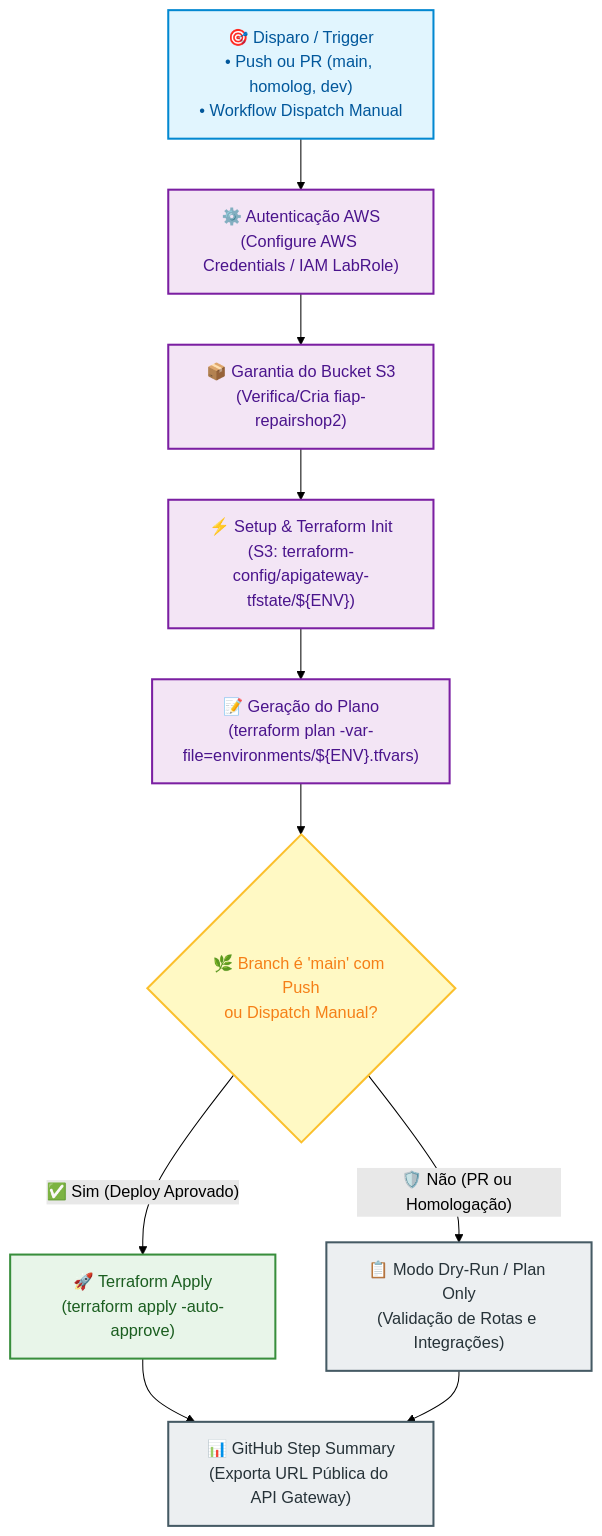
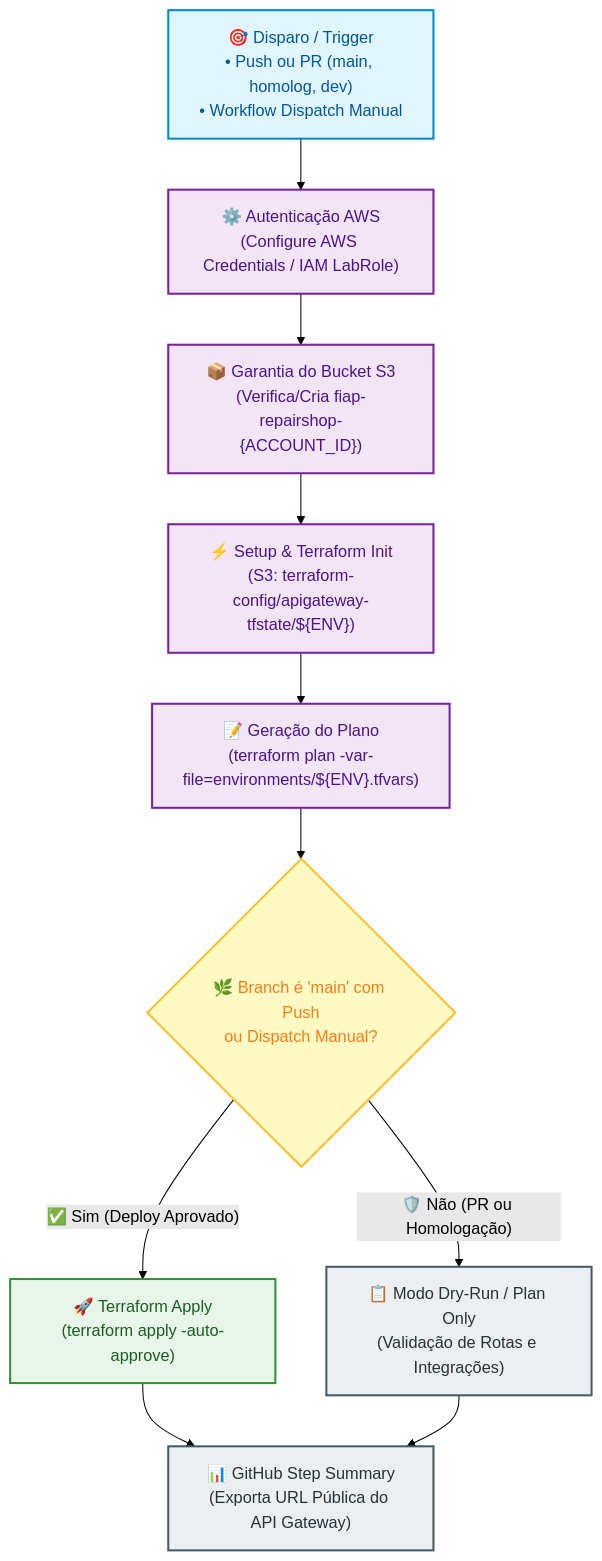
Before and after one commit to tech-challenge-fiap-repairshop/tech-challenge-repairshop-infra-apigateway: the second of 3 diagrams in README.md, drawn with Mermaid (forest theme). The commit also changed other lines of this file and 2 other files, not shown here.

Commit message:
feat(ci): resolve terraform state bucket dynamically by AWS account id

````diff
--- a/README.md
+++ b/README.md
@@ -93,21 +93,21 @@
 ```mermaid
 flowchart TD
     classDef triggerStyle fill:#E1F5FE,stroke:#0288D1,stroke-width:2px,color:#01579B
     classDef stepStyle fill:#F3E5F5,stroke:#7B1FA2,stroke-width:2px,color:#4A148C
     classDef gateStyle fill:#FFF9C4,stroke:#FBC02D,stroke-width:2px,color:#F57F17
     classDef deployStyle fill:#E8F5E9,stroke:#388E3C,stroke-width:2px,color:#1B5E20
     classDef reportStyle fill:#ECEFF1,stroke:#455A64,stroke-width:2px,color:#263238
 
     A["🎯 Disparo / Trigger\n• Push ou PR (main, homolog, dev)\n• Workflow Dispatch Manual"]:::triggerStyle
     A --> B["⚙️ Autenticação AWS\n(Configure AWS Credentials / IAM LabRole)"]:::stepStyle
-    B --> C["📦 Garantia do Bucket S3\n(Verifica/Cria fiap-repairshop2)"]:::stepStyle
+    B --> C["📦 Garantia do Bucket S3\n(Verifica/Cria fiap-repairshop-{ACCOUNT_ID})"]:::stepStyle
     C --> D["⚡ Setup & Terraform Init\n(S3: terraform-config/apigateway-tfstate/${ENV})"]:::stepStyle
     D --> E["📝 Geração do Plano\n(terraform plan -var-file=environments/${ENV}.tfvars)"]:::stepStyle
     E --> F{"🌿 Branch é 'main' com Push\nou Dispatch Manual?"}:::gateStyle
     
     F -- "✅ Sim (Deploy Aprovado)" --> G["🚀 Terraform Apply\n(terraform apply -auto-approve)"]:::deployStyle
     F -- "🛡️ Não (PR ou Homologação)" --> H["📋 Modo Dry-Run / Plan Only\n(Validação de Rotas e Integrações)"]:::reportStyle
     
     G --> I["📊 GitHub Step Summary\n(Exporta URL Pública do API Gateway)"]:::reportStyle
     H --> I
 ```
````
